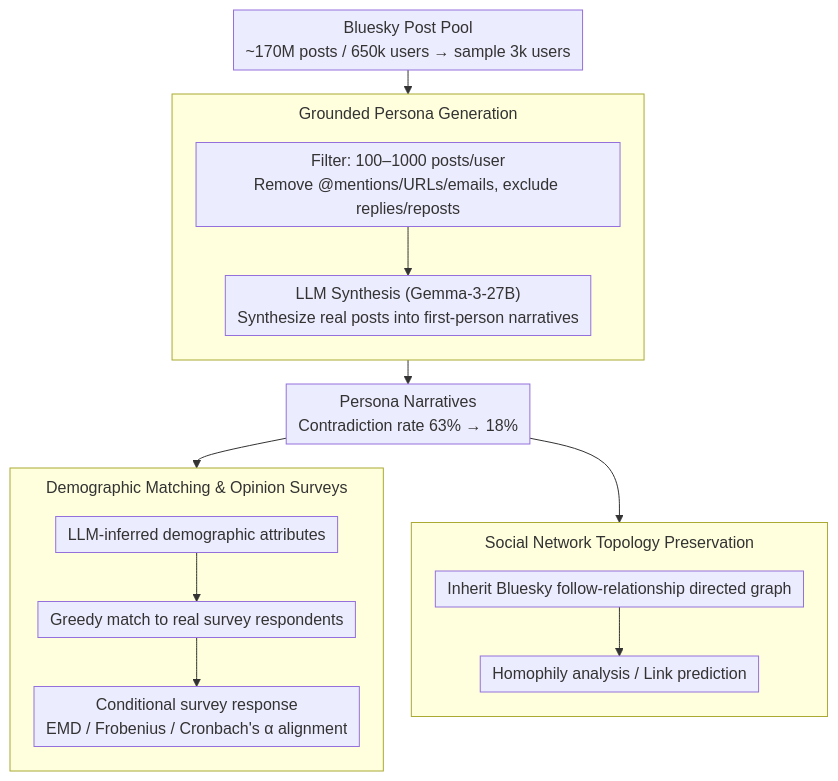
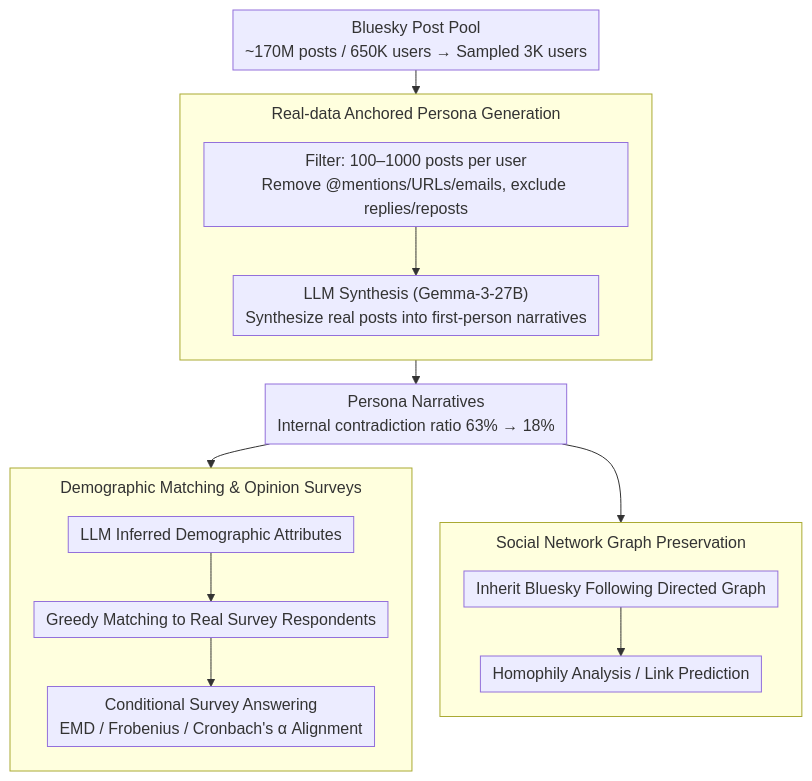
One commit to zhaoyang97/Paper-Notes-en changed the diagram in docs/ACL2026/social_computing/synthia_scalable_grounded_persona_generation_from_social_media_data.md. Above: the diagram before and after it, drawn with Mermaid. The commit also changed other lines of this file and 5084 other files, not shown here.

````diff
--- a/docs/ACL2026/social_computing/synthia_scalable_grounded_persona_generation_from_social_media_data.md
+++ b/docs/ACL2026/social_computing/synthia_scalable_grounded_persona_generation_from_social_media_data.md
@@ -42,28 +42,28 @@
 ```mermaid
 %%{init: {'flowchart': {'rankSpacing': 24, 'nodeSpacing': 28, 'padding': 6, 'wrappingWidth': 400, 'subGraphTitleMargin': {'top': 8, 'bottom': 16}}}}%%
 flowchart TD
-    A["Bluesky Post Pool<br/>~170M posts / 650k users → sample 3k users"]
-    subgraph G1["Grounded Persona Generation"]
+    A["Bluesky Post Pool<br/>~170M posts / 650K users → Sampled 3K users"]
+    subgraph G1["Real-data Anchored Persona Generation"]
         direction TB
-        B["Filter: 100–1000 posts/user<br/>Remove @mentions/URLs/emails, exclude replies/reposts"]
+        B["Filter: 100–1000 posts per user<br/>Remove @mentions/URLs/emails, exclude replies/reposts"]
         C["LLM Synthesis (Gemma-3-27B)<br/>Synthesize real posts into first-person narratives"]
         B --> C
     end
     A --> G1
-    G1 --> D["Persona Narratives<br/>Contradiction rate 63% → 18%"]
+    G1 --> D["Persona Narratives<br/>Internal contradiction ratio 63% → 18%"]
     subgraph G2["Demographic Matching & Opinion Surveys"]
         direction TB
-        E["LLM-inferred demographic attributes"]
-        F["Greedy match to real survey respondents"]
-        H["Conditional survey response<br/>EMD / Frobenius / Cronbach's α alignment"]
+        E["LLM Inferred Demographic Attributes"]
+        F["Greedy Matching to Real Survey Respondents"]
+        H["Conditional Survey Answering<br/>EMD / Frobenius / Cronbach's α Alignment"]
         E --> F --> H
     end
-    subgraph G3["Social Network Topology Preservation"]
+    subgraph G3["Social Network Graph Preservation"]
         direction TB
-        I["Inherit Bluesky follow-relationship directed graph"]
-        J["Homophily analysis / Link prediction"]
+        I["Inherit Bluesky Following Directed Graph"]
+        J["Homophily Analysis / Link Prediction"]
         I --> J
     end
     D --> G2
     D --> G3
 ```
````
